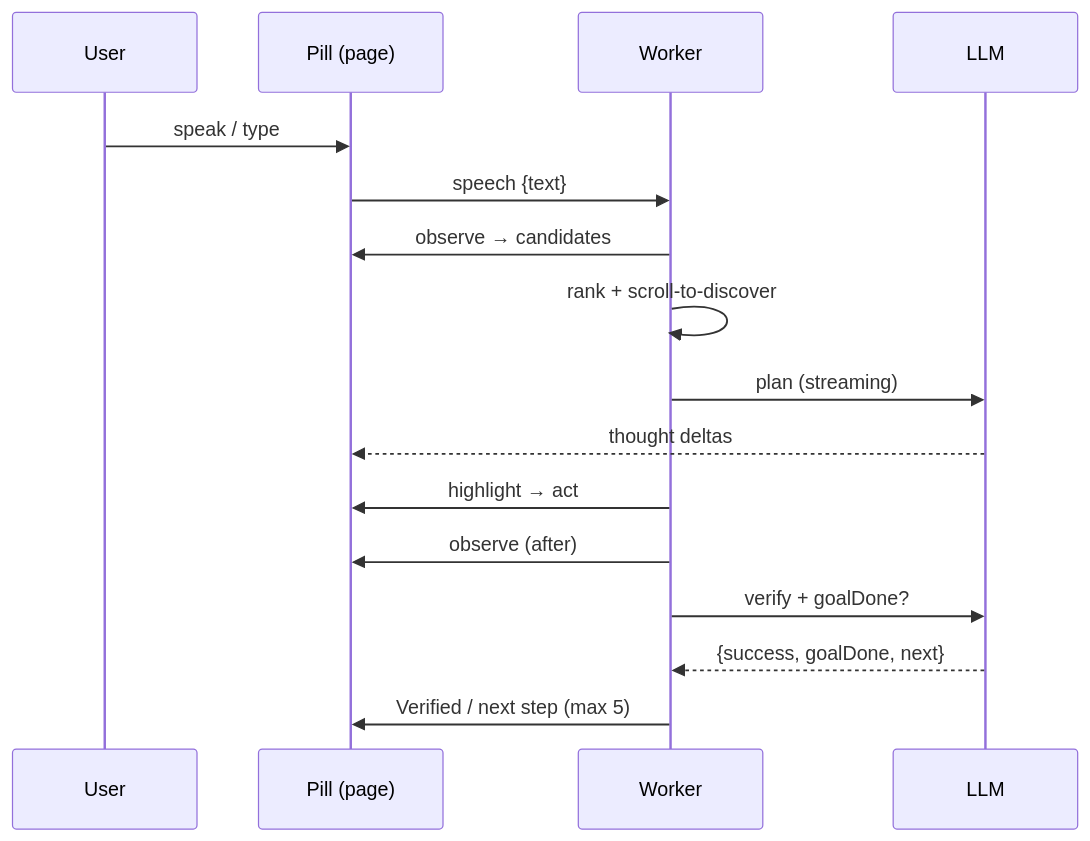
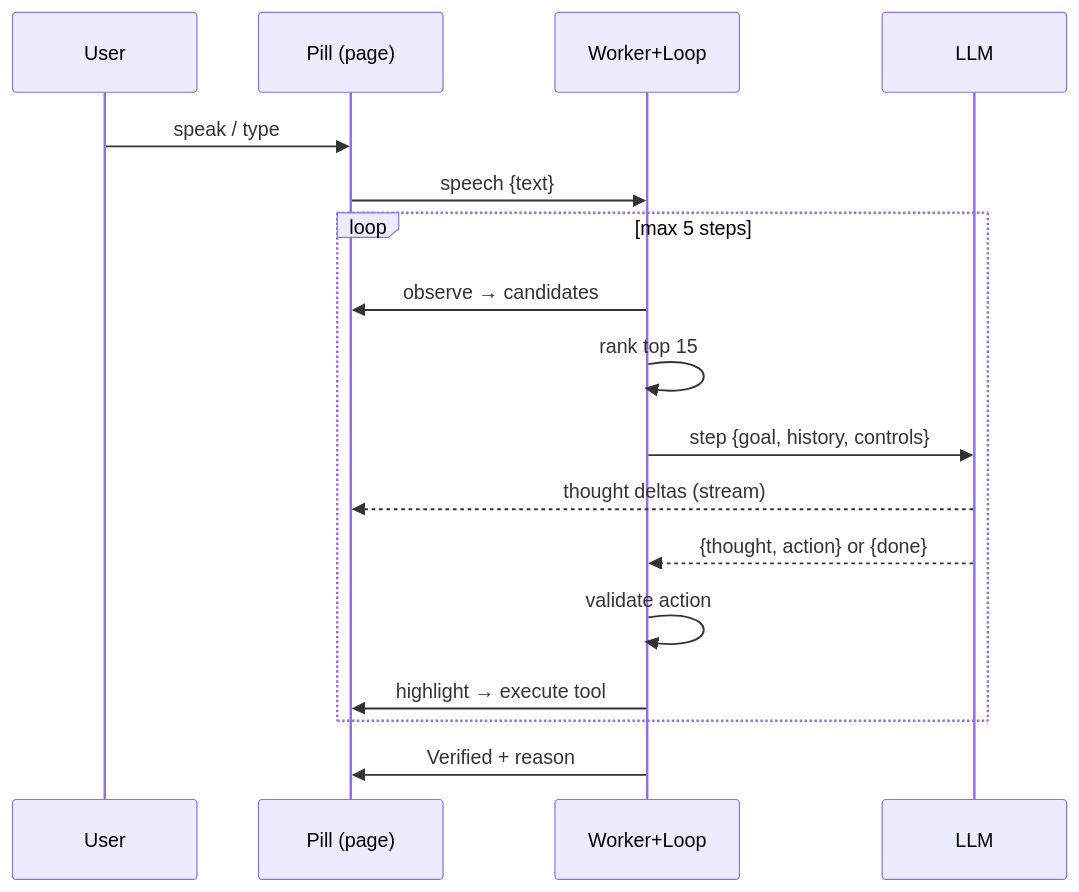
The second of 3 diagrams in SRS.md (kushgbisen/HandsFree), drawn with Mermaid before and after one commit. The commit also changed other lines of this file and 1 other file, not shown here.

````diff
--- a/SRS.md
+++ b/SRS.md
@@ -130,18 +139,19 @@
 ```mermaid
 sequenceDiagram
     participant U as User
     participant P as Pill (page)
-    participant W as Worker
+    participant W as Worker+Loop
     participant L as LLM
     U->>P: speak / type
     P->>W: speech {text}
-    W->>P: observe → candidates
-    W->>W: rank + scroll-to-discover
-    W->>L: plan (streaming)
-    L-->>P: thought deltas
-    W->>P: highlight → act
-    W->>P: observe (after)
-    W->>L: verify + goalDone?
-    L-->>W: {success, goalDone, next}
-    W->>P: Verified / next step (max 5)
+    loop max 5 steps
+        W->>P: observe → candidates
+        W->>W: rank top 15
+        W->>L: step {goal, history, controls}
+        L-->>P: thought deltas (stream)
+        L-->>W: {thought, action} or {done}
+        W->>W: validate action
+        W->>P: highlight → execute tool
+    end
+    W->>P: Verified + reason
 ```
````
